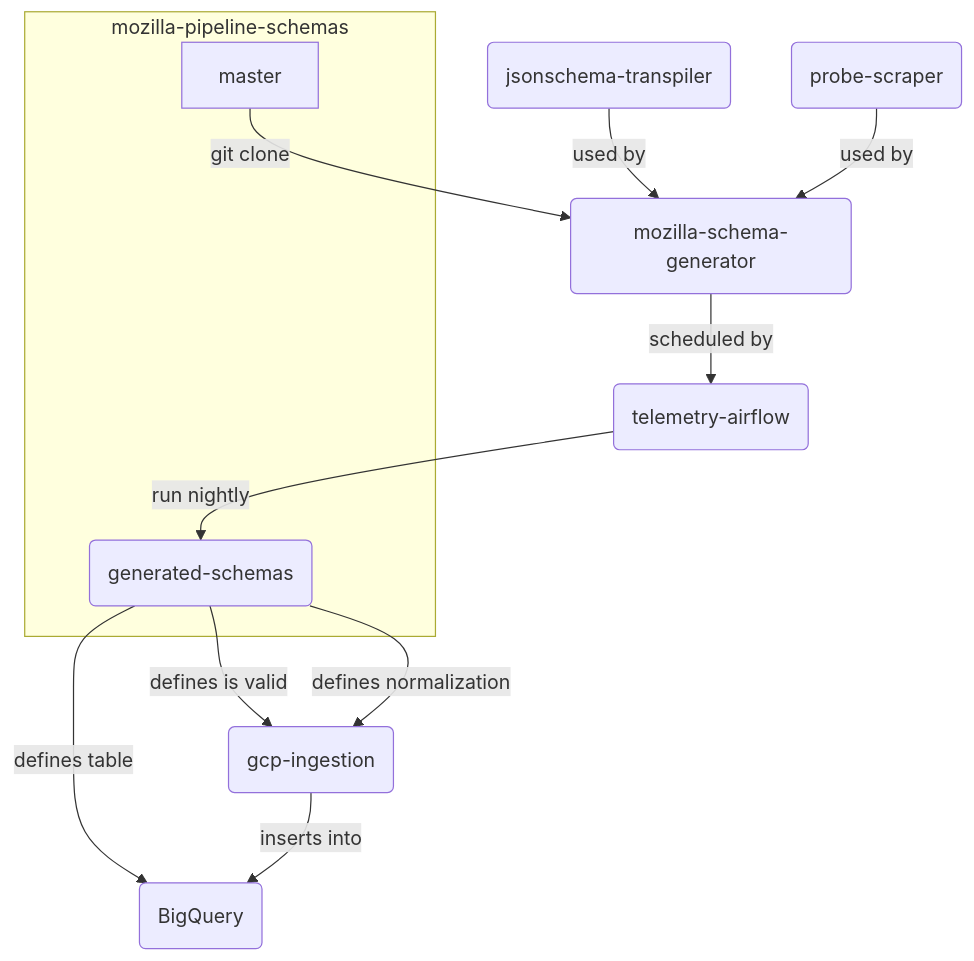
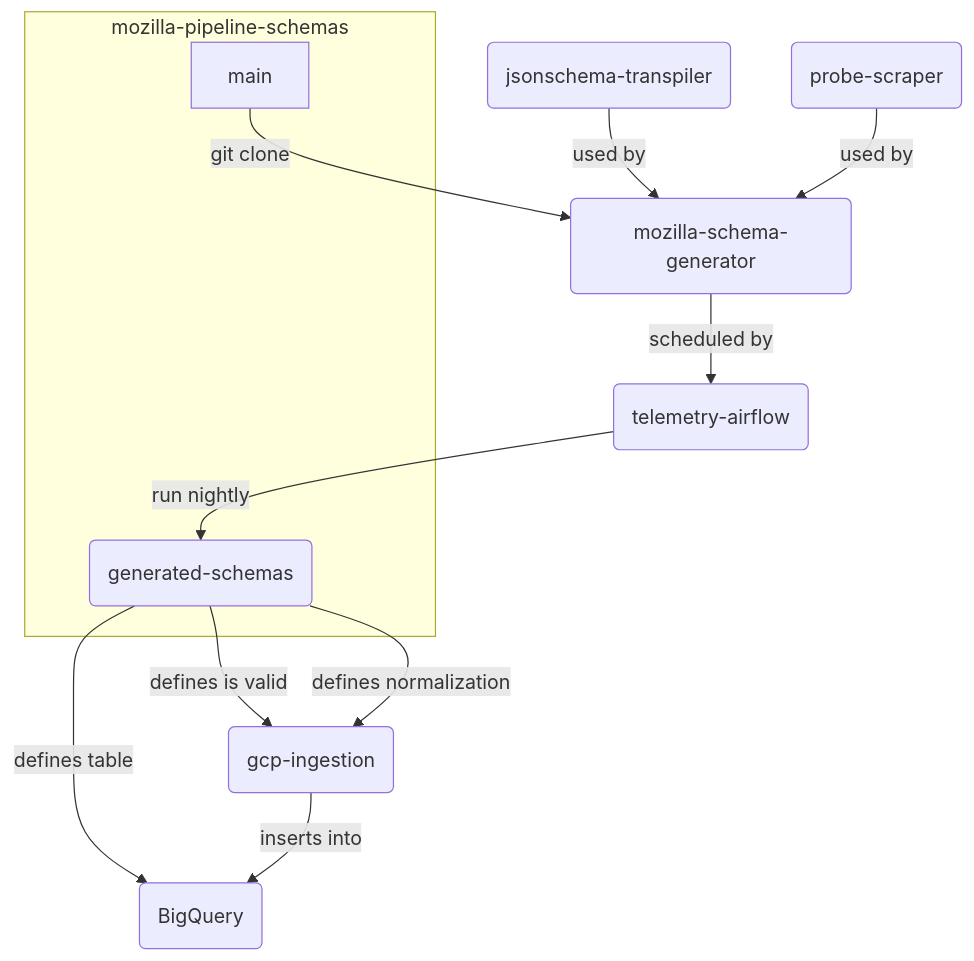
The first of 5 diagrams in src/concepts/pipeline/schemas.md (mozilla/data-docs), drawn with Mermaid before and after one commit. The commit also changed other lines of this file and 1 other file, not shown here.

Commit message:
Correct the naming of the git branch

````diff
--- a/src/concepts/pipeline/schemas.md
+++ b/src/concepts/pipeline/schemas.md
@@ -13,39 +13,39 @@
 ```mermaid
 graph TD
 
 %% Nodes
 subgraph mozilla-pipeline-schemas
-  master
+  main
   schemas(generated-schemas)
 end
 
 generator(mozilla-schema-generator)
 transpiler(jsonschema-transpiler)
 probe-info(probe-scraper)
 airflow(telemetry-airflow)
 ingestion(gcp-ingestion)
 bigquery(BigQuery)
 
 %% Node hyperlinks
 click bigquery "../../cookbooks/bigquery.html"
-click master "https://github.com/mozilla-services/mozilla-pipeline-schemas"
+click main "https://github.com/mozilla-services/mozilla-pipeline-schemas"
 click schemas "https://github.com/mozilla-services/mozilla-pipeline-schemas/tree/generated-schemas"
 click generator "https://github.com/mozilla/mozilla-schema-generator"
 click transpiler "https://github.com/mozilla/jsonschema-transpiler"
 click probe-info "https://github.com/mozilla/probe-scraper"
 click ingestion "https://mozilla.github.io/gcp-ingestion/ingestion-beam/"
 click airflow "https://github.com/mozilla/telemetry-airflow"
 
 
 %% Edges
-master --> |git clone| generator
+main --> |git clone| generator
 transpiler --> |used by| generator
 probe-info --> |used by| generator
 generator --> |scheduled by| airflow
 airflow --> |run nightly| schemas
 
 schemas --> |defines table| bigquery
 schemas --> |defines is valid| ingestion
 schemas --> |defines normalization| ingestion
 ingestion --> |inserts into| bigquery
 ```
````
